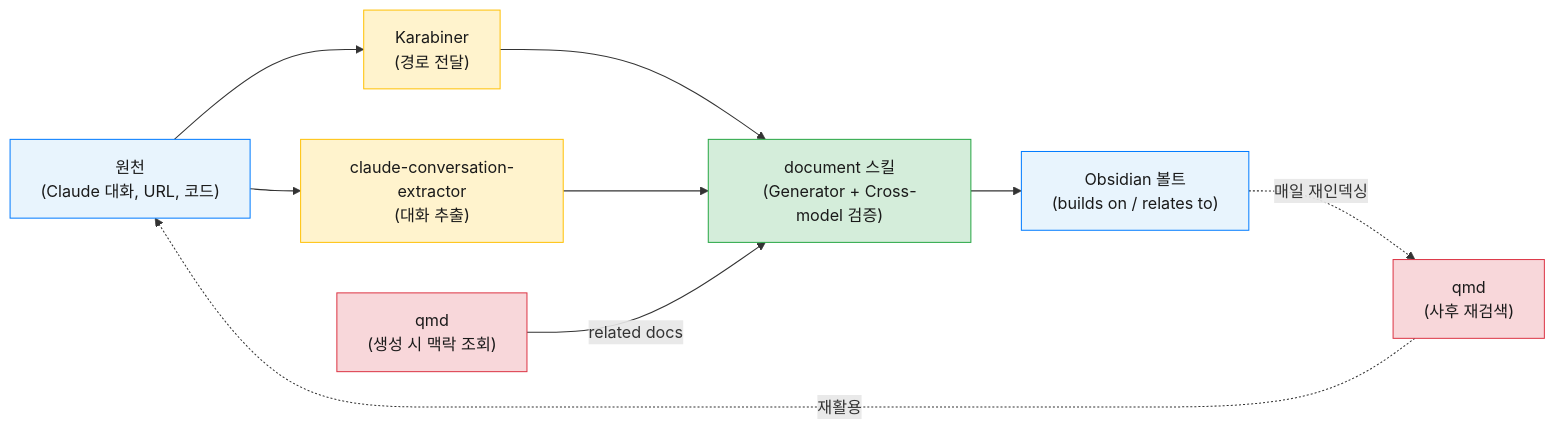
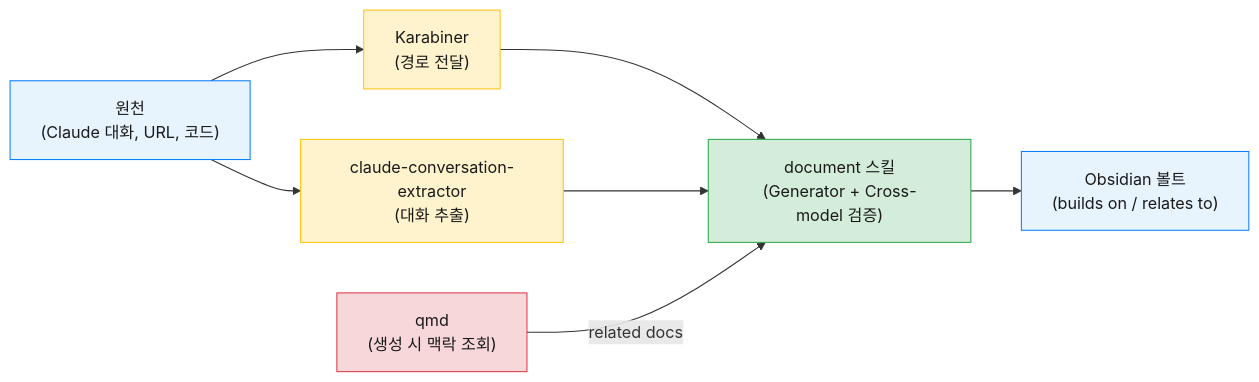
Before and after one commit to Epikoding/epikoding.github.io: the first of 2 diagrams in _posts/2026-04-23-how-i-record.md, drawn with Mermaid.

Commit message:
blog: 조감도 다이어그램 단순화 (qmd_ret 노드와 재활용 루프 제거)

````diff
--- a/_posts/2026-04-23-how-i-record.md
+++ b/_posts/2026-04-23-how-i-record.md
@@ -33,22 +33,19 @@
 ```mermaid
 flowchart LR
     classDef src fill:#E8F4FD,stroke:#007bff,color:#1a1a1a
     classDef tool fill:#FFF3CD,stroke:#ffc107,color:#1a1a1a
     classDef qmd fill:#F8D7DA,stroke:#dc3545,color:#1a1a1a
     classDef note fill:#D4EDDA,stroke:#28a745,color:#1a1a1a
 
     source["원천<br/>(Claude 대화, URL, 코드)"]:::src
     karabiner["Karabiner<br/>(경로 전달)"]:::tool
     extractor["claude-conversation-extractor<br/>(대화 추출)"]:::tool
     qmd_gen["qmd<br/>(생성 시 맥락 조회)"]:::qmd
     note_skill["document 스킬<br/>(Generator + Cross-model 검증)"]:::note
     vault["Obsidian 볼트<br/>(builds on / relates to)"]:::src
-    qmd_ret["qmd<br/>(사후 재검색)"]:::qmd
 
     source --> karabiner --> note_skill
     source --> extractor --> note_skill
     qmd_gen -- "related docs" --> note_skill
     note_skill --> vault
-    vault -. "매일 재인덱싱" .-> qmd_ret
-    qmd_ret -. "재활용" .-> source
 ```
````
